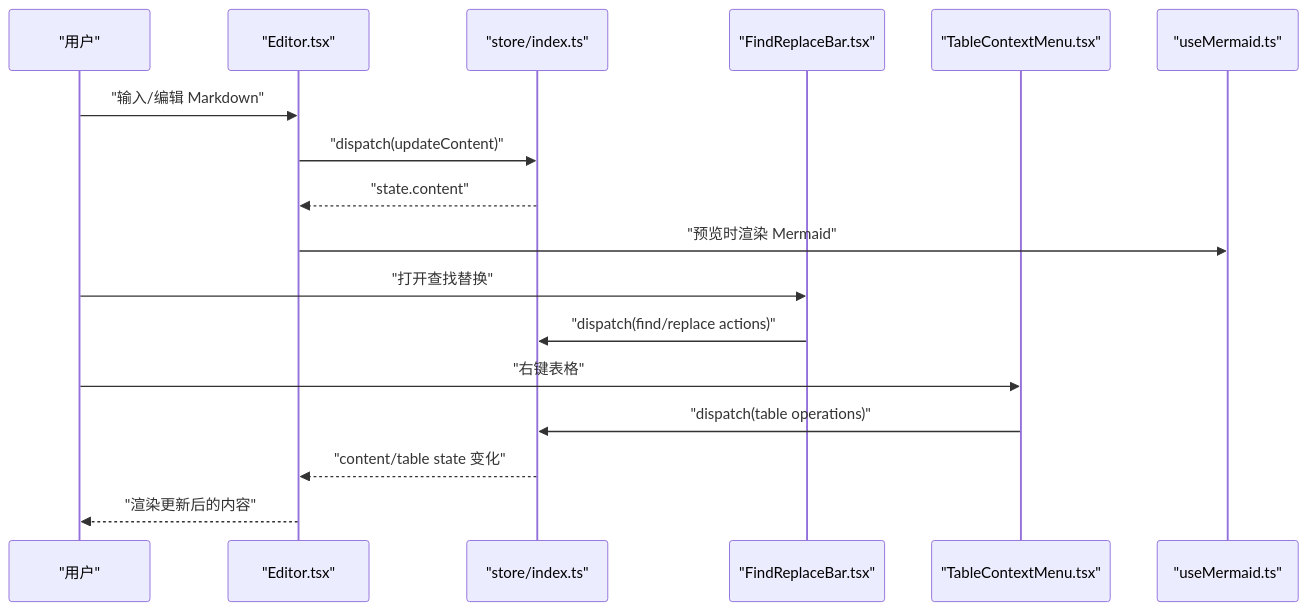
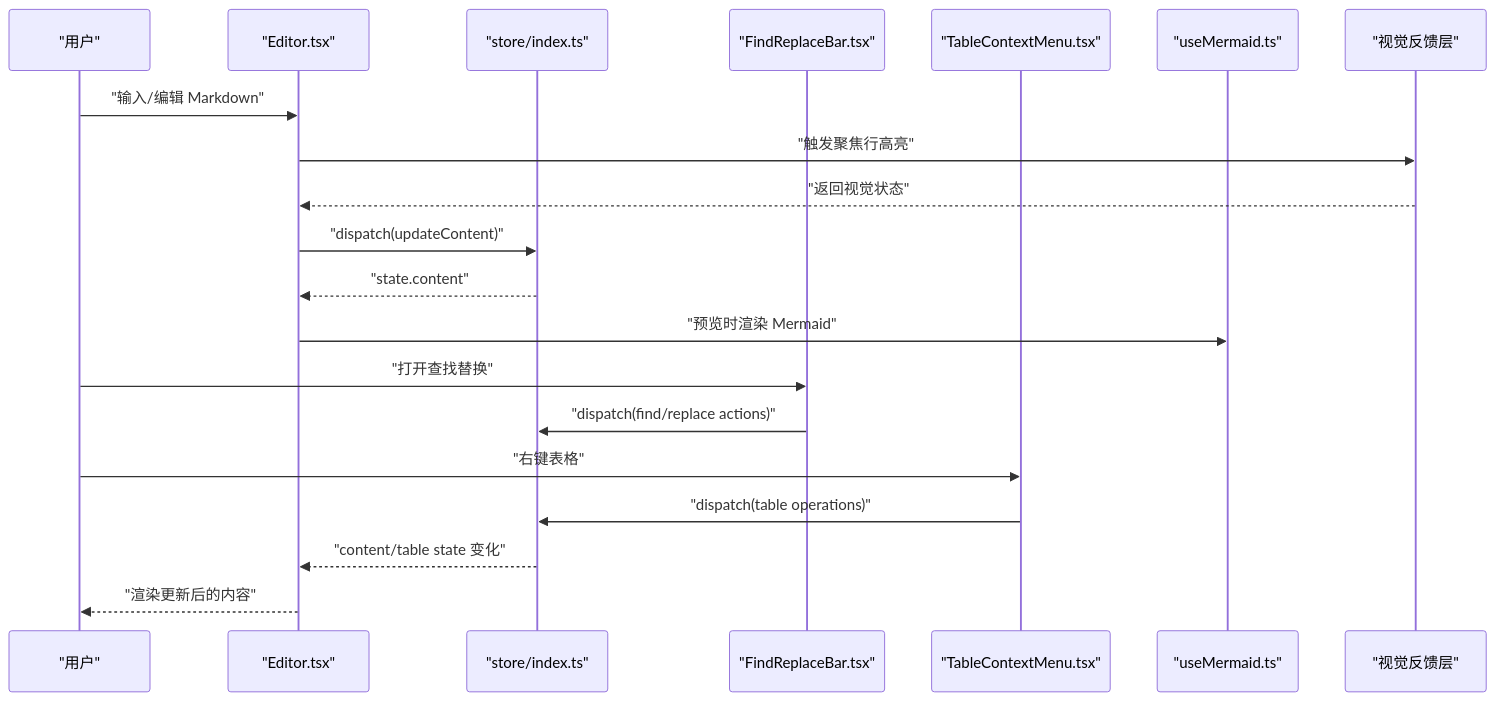
The second of 7 diagrams in .qoder/repowiki/zh/content/核心组件/编辑器组件.md (gongshiyun/ZenNote), drawn with Mermaid before and after one commit. The commit also changed other lines of this file and 34 other files, not shown here.

````diff
--- a/.qoder/repowiki/zh/content/核心组件/编辑器组件.md
+++ b/.qoder/repowiki/zh/content/核心组件/编辑器组件.md
@@ -118,19 +120,22 @@
 ```mermaid
 sequenceDiagram
 participant U as "用户"
 participant E as "Editor.tsx"
 participant S as "store/index.ts"
 participant F as "FindReplaceBar.tsx"
 participant T as "TableContextMenu.tsx"
 participant M as "useMermaid.ts"
+participant V as "视觉反馈层"
 U->>E : "输入/编辑 Markdown"
+E->>V : "触发聚焦行高亮"
+V-->>E : "返回视觉状态"
 E->>S : "dispatch(updateContent)"
 S-->>E : "state.content"
 E->>M : "预览时渲染 Mermaid"
 U->>F : "打开查找替换"
 F->>S : "dispatch(find/replace actions)"
 U->>T : "右键表格"
 T->>S : "dispatch(table operations)"
 S-->>E : "content/table state 变化"
 E-->>U : "渲染更新后的内容"
 ```
````
